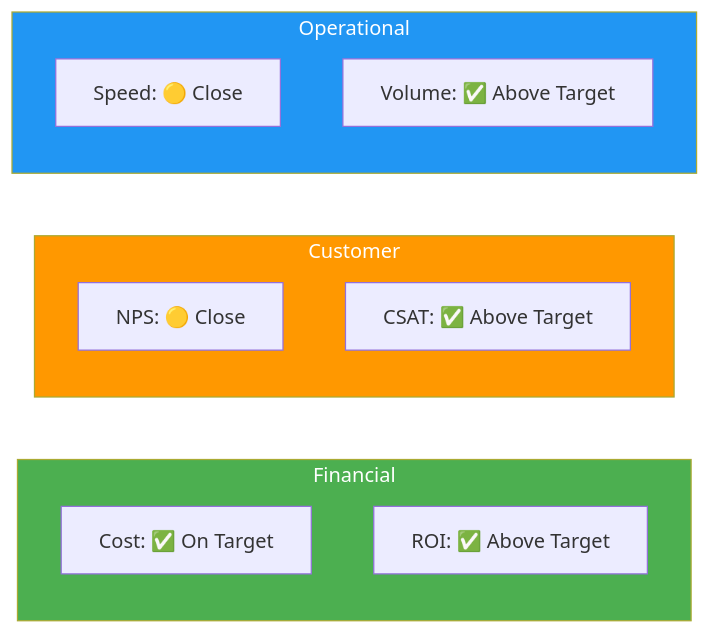
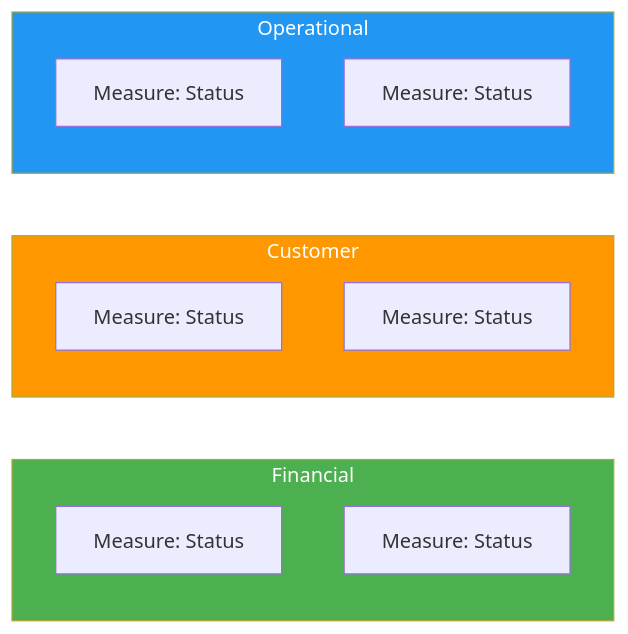
One commit to oat431/swe-knowledge changed the diagram in document-template/21_Solution_Evaluation/Solution-Performance-Analysis.md. Above: the diagram before and after it, drawn with Mermaid. The commit also changed other lines of this file and 50 other files, not shown here.

````diff
--- a/document-template/21_Solution_Evaluation/Solution-Performance-Analysis.md
+++ b/document-template/21_Solution_Evaluation/Solution-Performance-Analysis.md
@@ -72,19 +63,19 @@
 ```mermaid
 flowchart LR
     subgraph Financial["Financial"]
-        F1[Cost: ✅ On Target]
-        F2[ROI: ✅ Above Target]
+        F1[Measure: Status]
+        F2[Measure: Status]
     end
     subgraph Customer["Customer"]
-        C1[NPS: 🟡 Close]
-        C2[CSAT: ✅ Above Target]
+        C1[Measure: Status]
+        C2[Measure: Status]
     end
     subgraph Operational["Operational"]
-        O1[Speed: 🟡 Close]
-        O2[Volume: ✅ Above Target]
+        O1[Measure: Status]
+        O2[Measure: Status]
     end
 
     style Financial fill:#4CAF50,color:#fff
     style Customer fill:#FF9800,color:#fff
     style Operational fill:#2196F3,color:#fff
 ```
````
